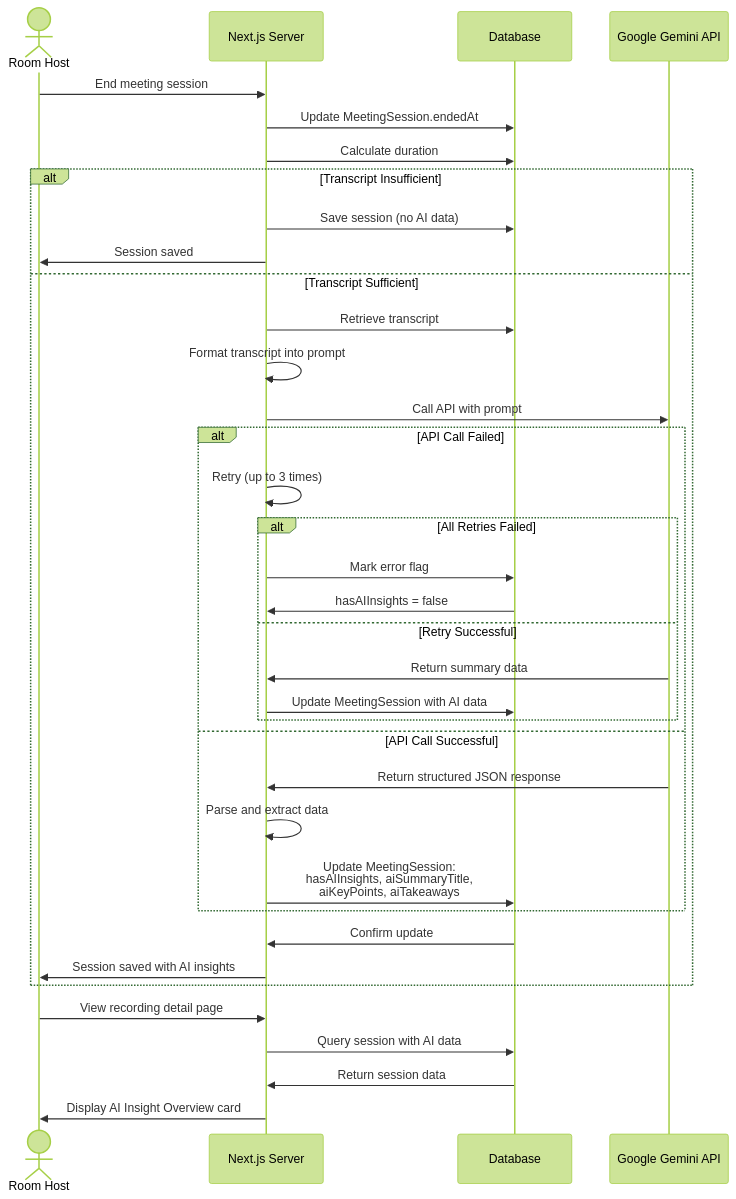
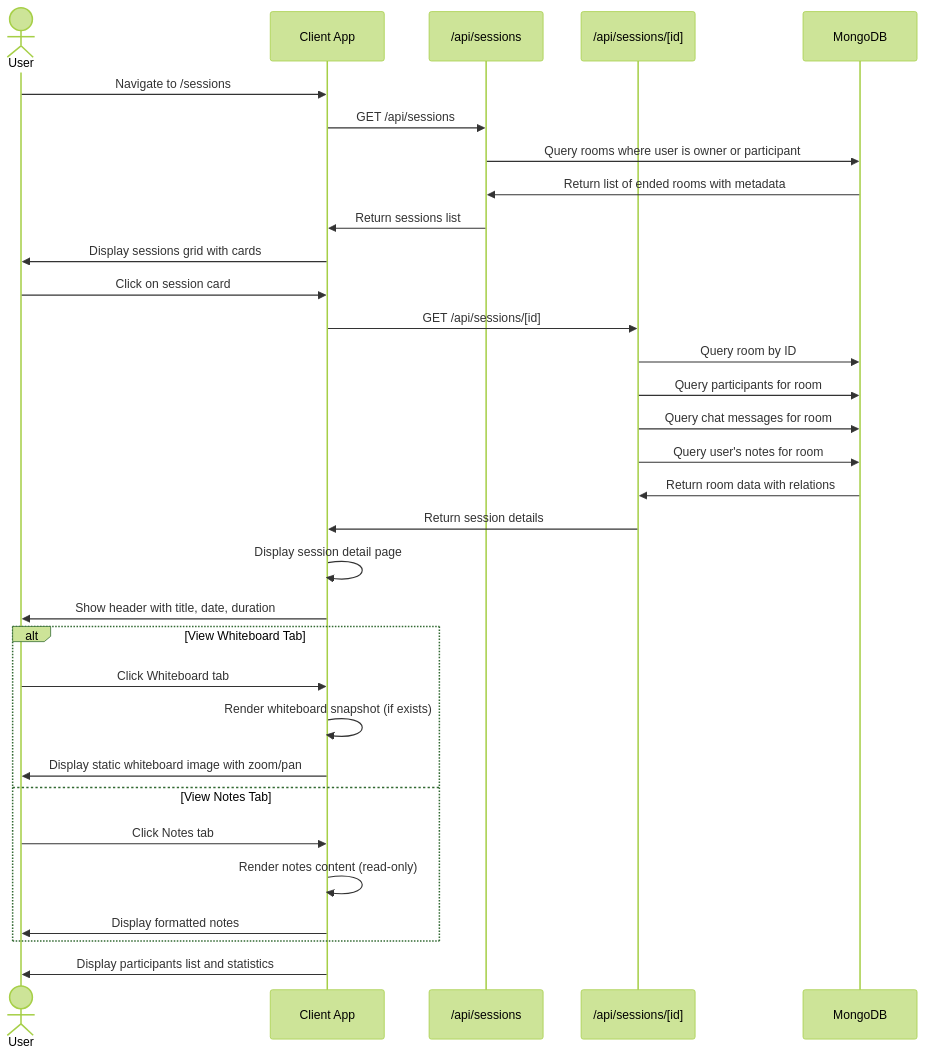
One commit to pho-veteran/stoom changed diagram 14 of 19 in stoom-app/reports.md. Above: the diagram before and after it, drawn with Mermaid (forest theme). The commit also changed other lines of this file and 44 other files, not shown here.

````diff
--- a/stoom-app/reports.md
+++ b/stoom-app/reports.md
@@ -905,43 +1036,39 @@
 ```mermaid
 sequenceDiagram
-    actor Host as Room Host
-    participant Server as Next.js Server
-    participant DB as Database
-    participant Gemini as Google Gemini API
+    actor User
+    participant Client as Client App
+    participant SessionsAPI as /api/sessions
+    participant SessionAPI as /api/sessions/[id]
+    participant DB as MongoDB
     
-    Host->>Server: End meeting session
-    Server->>DB: Update MeetingSession.endedAt
-    Server->>DB: Calculate duration
+    User->>Client: Navigate to /sessions
+    Client->>SessionsAPI: GET /api/sessions
+    SessionsAPI->>DB: Query rooms where user is owner or participant
+    DB->>SessionsAPI: Return list of ended rooms with metadata
+    SessionsAPI->>Client: Return sessions list
+    Client->>User: Display sessions grid with cards
     
-    alt Transcript Insufficient
-        Server->>DB: Save session (no AI data)
-        Server->>Host: Session saved
-    else Transcript Sufficient
-        Server->>DB: Retrieve transcript
-        Server->>Server: Format transcript into prompt
-        Server->>Gemini: Call API with prompt
-        
-        alt API Call Failed
-            Server->>Server: Retry (up to 3 times)
-            alt All Retries Failed
-                Server->>DB: Mark error flag
-                DB->>Server: hasAIInsights = false
-            else Retry Successful
-                Gemini->>Server: Return summary data
-                Server->>DB: Update MeetingSession with AI data
-            end
-        else API Call Successful
-            Gemini->>Server: Return structured JSON response
-            Server->>Server: Parse and extract data
-            Server->>DB: Update MeetingSession:<br/>hasAIInsights, aiSummaryTitle,<br/>aiKeyPoints, aiTakeaways
-        end
-        
-        DB->>Server: Confirm update
-        Server->>Host: Session saved with AI insights
+    User->>Client: Click on session card
+    Client->>SessionAPI: GET /api/sessions/[id]
+    SessionAPI->>DB: Query room by ID
+    SessionAPI->>DB: Query participants for room
+    SessionAPI->>DB: Query chat messages for room
+    SessionAPI->>DB: Query user's notes for room
+    DB->>SessionAPI: Return room data with relations
+    SessionAPI->>Client: Return session details
+    
+    Client->>Client: Display session detail page
+    Client->>User: Show header with title, date, duration
+    
+    alt View Whiteboard Tab
+        User->>Client: Click Whiteboard tab
+        Client->>Client: Render whiteboard snapshot (if exists)
+        Client->>User: Display static whiteboard image with zoom/pan
+    else View Notes Tab
+        User->>Client: Click Notes tab
+        Client->>Client: Render notes content (read-only)
+        Client->>User: Display formatted notes
     end
     
-    Host->>Server: View recording detail page
-    Server->>DB: Query session with AI data
-    DB->>Server: Return session data
-    Server->>Host: Display AI Insight Overview card
+    Client->>User: Display participants list and statistics
 ```
````
